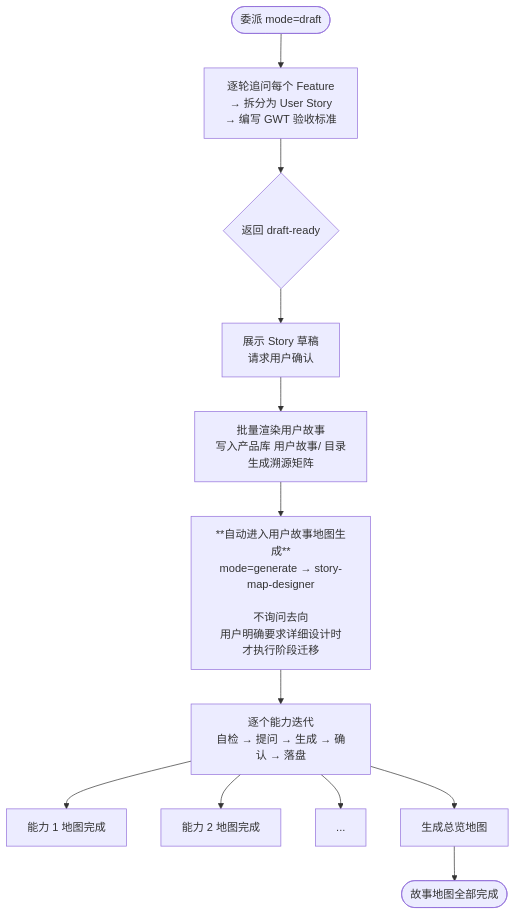
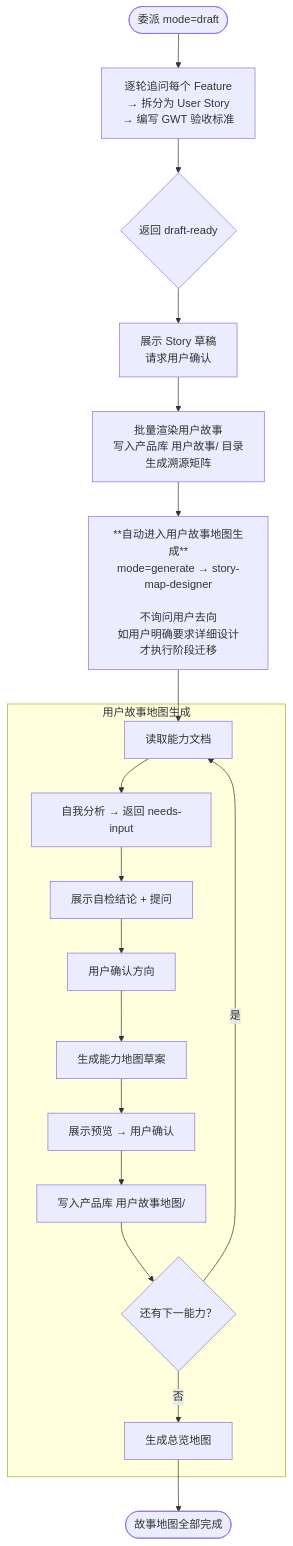
Before and after one commit to Tiger0521/pm-orchestrator: the fourth of 7 diagrams in README.md, drawn with Mermaid. The commit also changed other lines of this file, not shown here.

Commit message:
release: V4.0.2 重写README：按流程概览→安装→目录→流程图结构组织

````diff
--- a/README.md
+++ b/README.md
@@ -136,17 +439,24 @@
 ```mermaid
 flowchart TD
     StartSB([委派 mode=draft]) --> Q[逐轮追问每个 Feature<br/>→ 拆分为 User Story<br/>→ 编写 GWT 验收标准]
     Q --> DraftReady{返回 draft-ready}
     DraftReady --> ShowStory[展示 Story 草稿<br/>请求用户确认]
     ShowStory --> PersistStory[批量渲染用户故事<br/>写入产品库 用户故事/ 目录<br/>生成溯源矩阵]
 
-    PersistStory --> AutoSM[**自动进入用户故事地图生成**<br/>mode=generate → story-map-designer<br/><br/>不询问去向<br/>用户明确要求详细设计时<br/>才执行阶段迁移]
+    PersistStory --> AutoSM[**自动进入用户故事地图生成**<br/>mode=generate → story-map-designer<br/><br/>不询问用户去向<br/>如用户明确要求详细设计<br/>才执行阶段迁移]
 
-    AutoSM --> SMFlow[逐个能力迭代<br/>自检 → 提问 → 生成 → 确认 → 落盘]
-    SMFlow --> Cap1[能力 1 地图完成]
-    SMFlow --> Cap2[能力 2 地图完成]
-    SMFlow --> CapN[...]
-    SMFlow --> Overview[生成总览地图]
+    subgraph SM[用户故事地图生成]
+        SM1[读取能力文档] --> SM2[自我分析 → 返回 needs-input]
+        SM2 --> SM3[展示自检结论 + 提问]
+        SM3 --> SM4[用户确认方向]
+        SM4 --> SM5[生成能力地图草案]
+        SM5 --> SM6[展示预览 → 用户确认]
+        SM6 --> SM7[写入产品库 用户故事地图/]
+        SM7 --> SM8{还有下一能力？}
+        SM8 -- 是 --> SM1
+        SM8 -- 否 --> SM9[生成总览地图]
+    end
 
-    Overview --> MapDone([故事地图全部完成])
+    AutoSM --> SM1
+    SM9 --> MapDone([故事地图全部完成])
 ```
````
